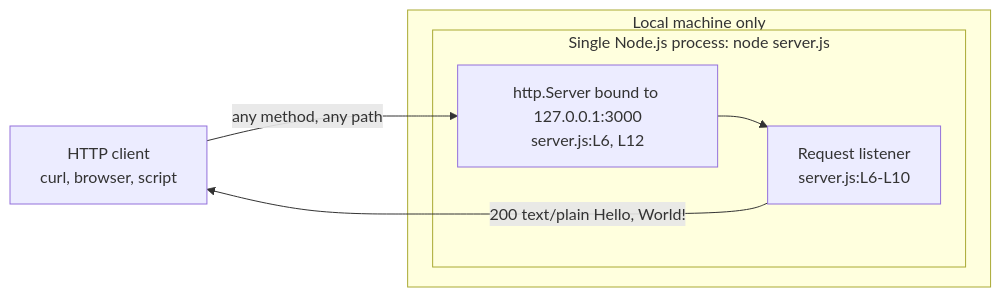
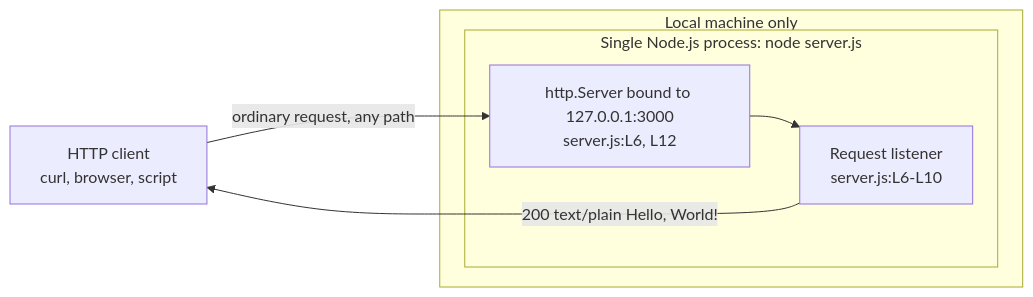
Before and after one commit to Sandeep01Kumar/existing-projects-qa-test-03-dec: the first of 3 diagrams in docs/architecture/overview.md, drawn with Mermaid. The commit also changed 15 other files, not shown here.

````diff
--- a/docs/architecture/overview.md
+++ b/docs/architecture/overview.md
@@ -31,15 +31,15 @@
 ```mermaid
 flowchart LR
     C["HTTP client<br/>curl, browser, script"]
     subgraph HOST["Local machine only"]
         subgraph PROC["Single Node.js process: node server.js"]
             L["http.Server bound to 127.0.0.1:3000<br/>server.js:L6, L12"]
             H["Request listener<br/>server.js:L6-L10"]
             L --> H
         end
     end
-    C -->|"any method, any path"| L
+    C -->|"ordinary request, any path"| L
     H -->|"200 text/plain Hello, World!"| C
 %% One process, one listener, one client. No database, cache, queue,
 %% load balancer or second service exists in this system.
 ```
````
